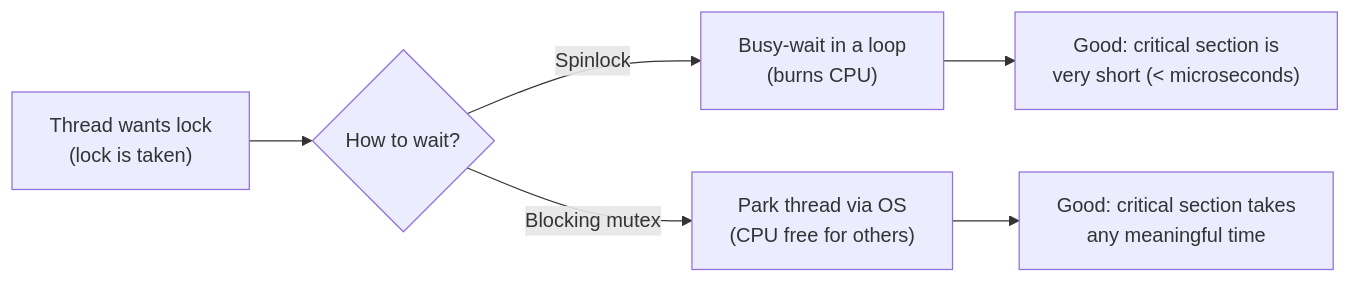
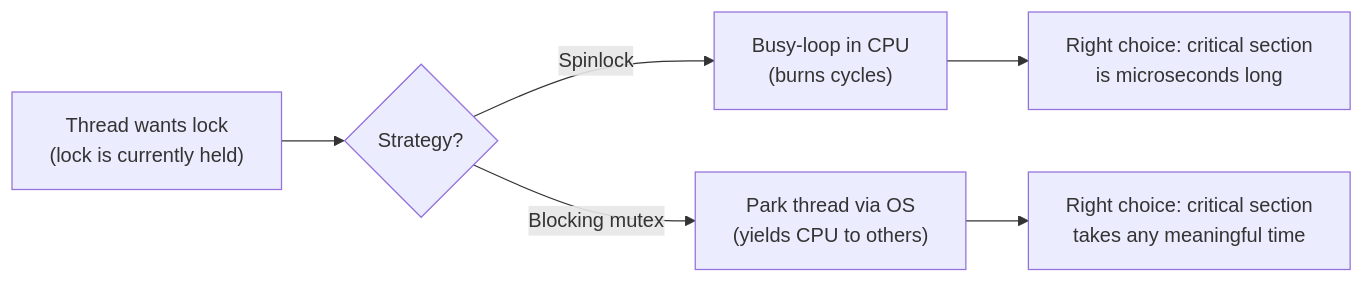
Before and after one commit to Thamjith/system-design-reallife-scenarios: the second of 4 diagrams in content/mutex-lock.md, drawn with Mermaid. The commit also changed other lines of this file and 9 other files, not shown here.

First line of the commit message:
Enhance Mermaid diagrams with zoom functionality and improve styling

````diff
--- a/content/mutex-lock.md
+++ b/content/mutex-lock.md
@@ -85,8 +217,8 @@
 ```mermaid
 flowchart LR
-    A["Thread wants lock\n(lock is taken)"] --> B{How to wait?}
-    B -- Spinlock --> C["Busy-wait in a loop\n(burns CPU)"]
-    B -- Blocking mutex --> D["Park thread via OS\n(CPU free for others)"]
-    C --> E["Good: critical section is\nvery short (< microseconds)"]
-    D --> F["Good: critical section takes\nany meaningful time"]
+    A["Thread wants lock\n(lock is currently held)"] --> B{Strategy?}
+    B -- Spinlock --> C["Busy-loop in CPU\n(burns cycles)"]
+    B -- Blocking mutex --> D["Park thread via OS\n(yields CPU to others)"]
+    C --> E["Right choice: critical section\nis microseconds long"]
+    D --> F["Right choice: critical section\ntakes any meaningful time"]
 ```
````
